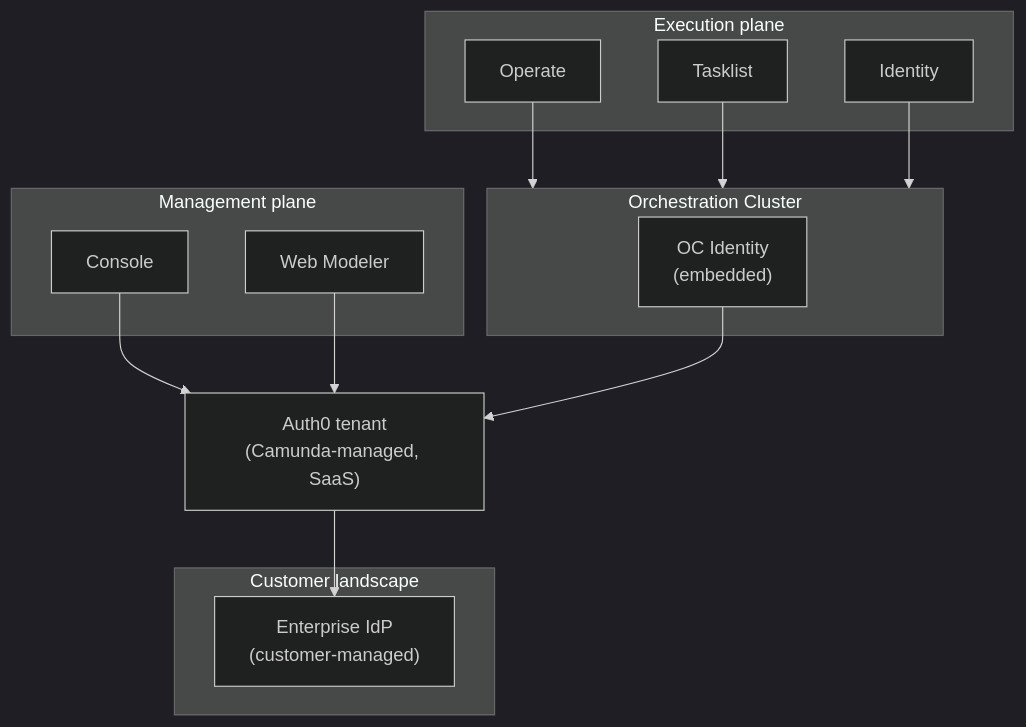
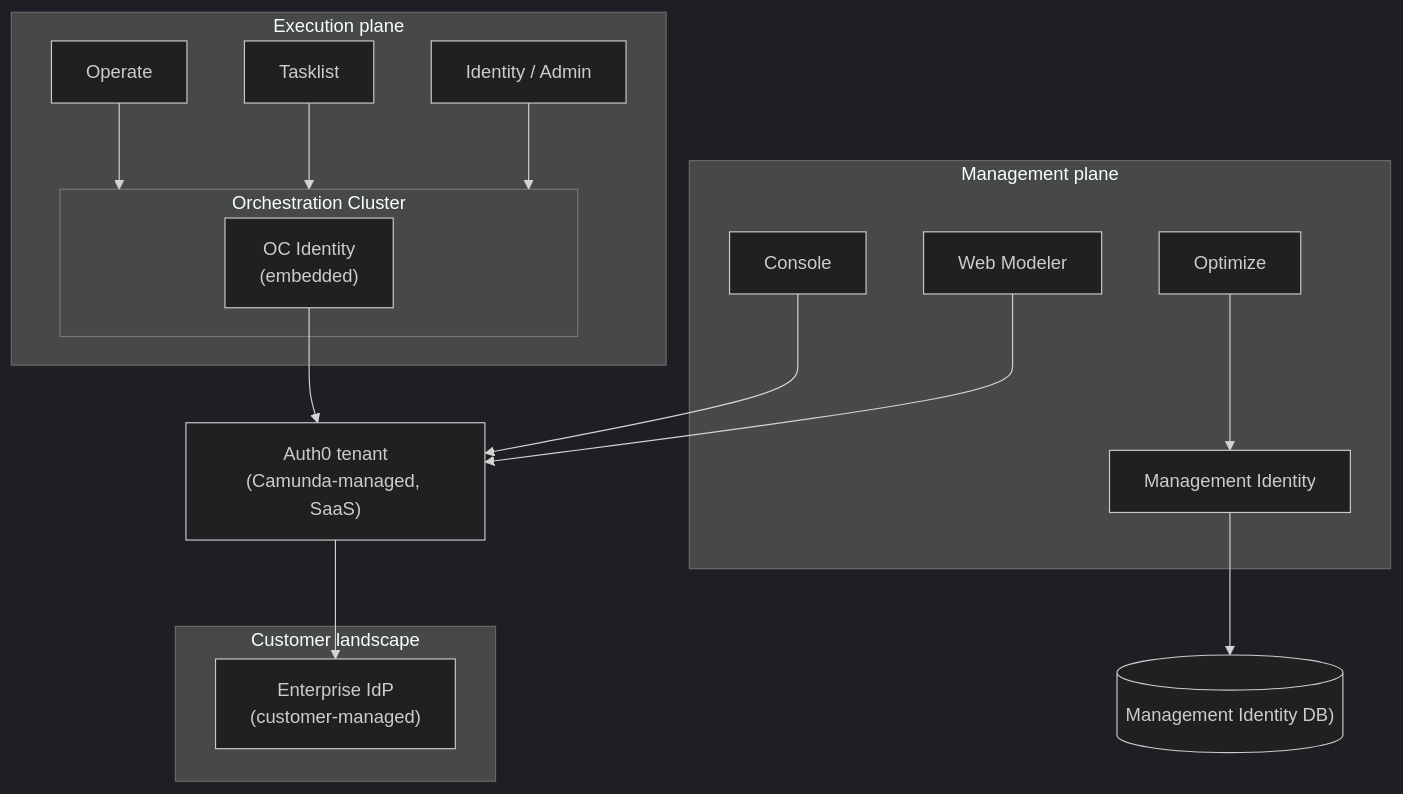
One commit to camunda/camunda-security-library changed the first of 22 diagrams in docs/architecture_docs.md. Above: the diagram before and after it, drawn with Mermaid (dark theme). The commit also changed other lines of this file, not shown here.

First line of the commit message:
docs: Refined architecture doc:

````diff
--- a/docs/architecture_docs.md
+++ b/docs/architecture_docs.md
@@ -64,29 +93,34 @@
 ```mermaid
 flowchart TB
   subgraph SaaS_Mgmt["Management plane"]
     ConsoleHub["Console"]
     WebModeler["Web Modeler"]
+    Optimize["Optimize"] --> ManagementId["Management Identity"]
   end
 
   subgraph Execution["Execution plane"]
     Operate["Operate"]
     Tasklist["Tasklist"]
-    Identity["Identity"]
-  end
+    Identity["Identity / Admin"]
 
-  subgraph OC["Orchestration Cluster"]
-    OCId["OC Identity</br>(embedded)"]
+    subgraph OC["Orchestration Cluster"]
+      OCId["OC Identity</br>(embedded)"]
+    end
   end
 
   subgraph Customer["Customer landscape"]
     CustIdP["Enterprise IdP</br>(customer-managed)"]
   end
 
   SaaSAuth0["Auth0 tenant</br>(Camunda-managed, SaaS)"]
+  
+  ManagementIdDBUse[("Management Identity DB)")]
 
   ConsoleHub & WebModeler --> SaaSAuth0
   Operate & Tasklist & Identity  --> OC
 
   OCId --> SaaSAuth0
   SaaSAuth0 --> CustIdP
+  
+  ManagementId --> ManagementIdDBUse
 ```
````
